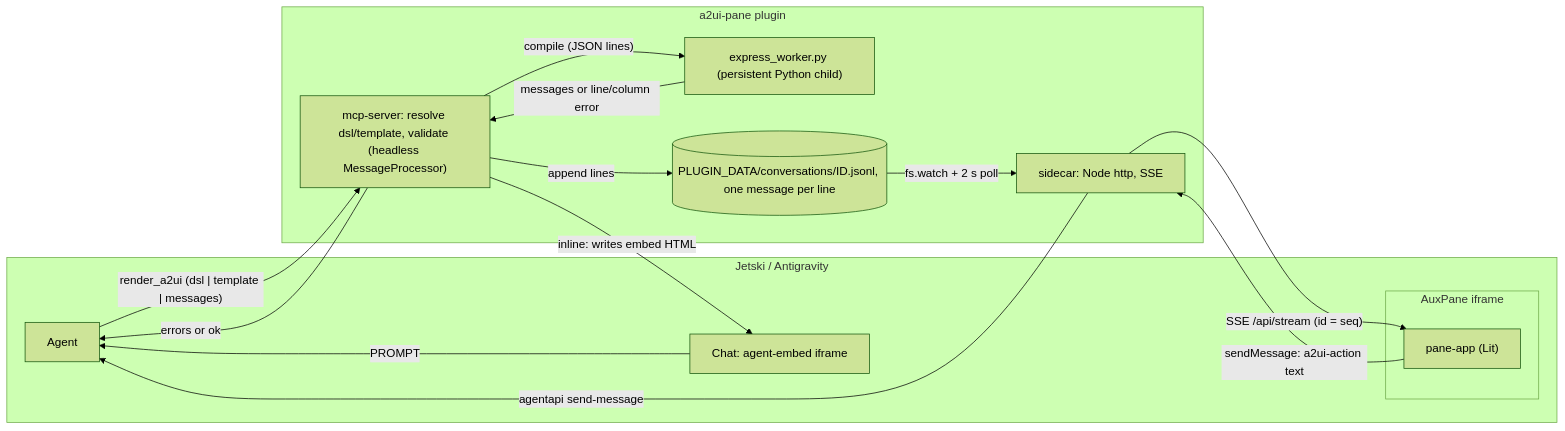
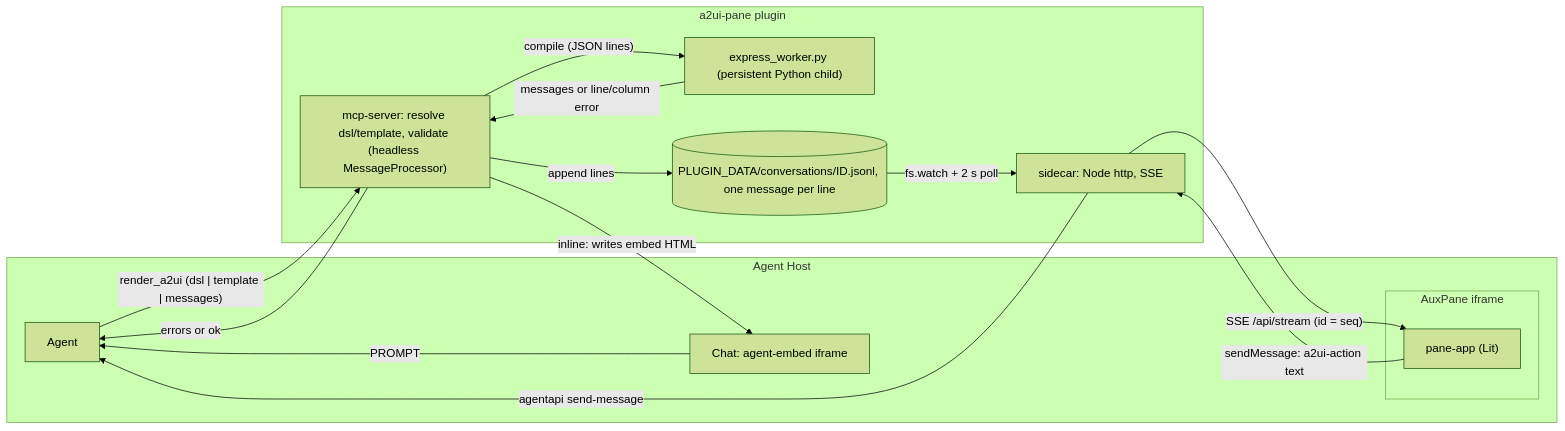
One commit to gspencergoog/a2ui-pane changed the first of 2 diagrams in docs/design.md. Above: the diagram before and after it, drawn with Mermaid (forest theme). The commit also changed other lines of this file and 55 other files, not shown here.

````diff
--- a/docs/design.md
+++ b/docs/design.md
@@ -39,27 +41,27 @@
 ```mermaid
 flowchart LR
-    subgraph Host["Jetski / Antigravity"]
+    subgraph Host["Agent Host"]
       Agent[Agent]
       Chat["Chat: agent-embed iframe"]
       subgraph Pane["AuxPane iframe"]
         App["pane-app (Lit)"]
       end
     end
     subgraph Repo["a2ui-pane plugin"]
       MCP["mcp-server: resolve dsl/template, validate (headless MessageProcessor)"]
       W["express_worker.py (persistent Python child)"]
       Store[("PLUGIN_DATA/conversations/ID.jsonl, one message per line")]
       Side["sidecar: Node http, SSE"]
     end
     Agent -->|"render_a2ui (dsl | template | messages)"| MCP
     MCP -->|"compile (JSON lines)"| W
     W -->|"messages or line/column error"| MCP
     MCP -->|"errors or ok"| Agent
     MCP -->|"append lines"| Store
     Store -->|"fs.watch + 2 s poll"| Side
     Side -->|"SSE /api/stream (id = seq)"| App
     App -->|"sendMessage: a2ui-action text"| Side
     Side -->|"agentapi send-message"| Agent
     MCP -->|"inline: writes embed HTML"| Chat
     Chat -->|"PROMPT"| Agent
 ```
````
